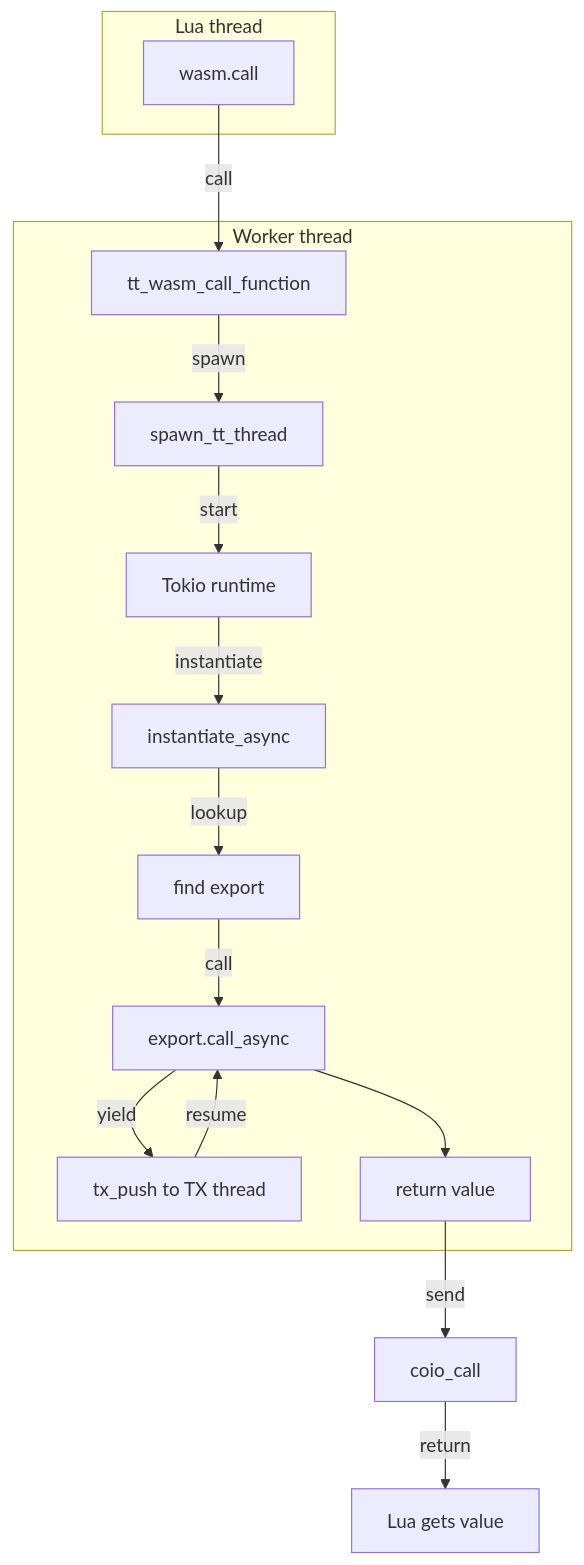
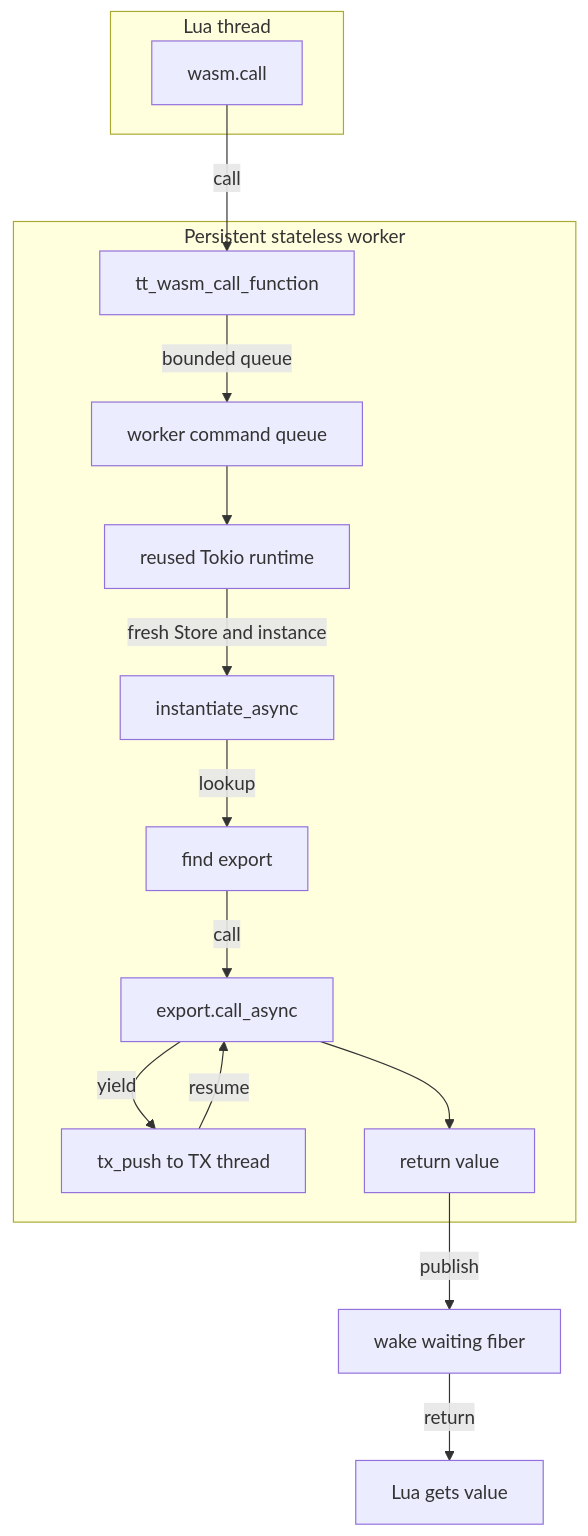
One commit to tarantool/tarantool-wasm-rs changed the fourth of 5 diagrams in docs/wasm_component.md. Above: the diagram before and after it, drawn with Mermaid. The commit also changed other lines of this file and 12 other files, not shown here.

Commit message:
perf(runtime): reuse stateless worker threads

````diff
--- a/docs/wasm_component.md
+++ b/docs/wasm_component.md
@@ -270,22 +281,22 @@
 ```mermaid
 flowchart TD
     subgraph Lua thread
         LC[wasm.call]
     end
 
     LC -- call --> FC[tt_wasm_call_function]
 
-    subgraph Worker thread
-        FC -- spawn --> ST[spawn_tt_thread]
-        ST -- start --> TR[Tokio runtime]
-        TR -- instantiate --> CI[instantiate_async]
+    subgraph Persistent stateless worker
+        FC -- bounded queue --> Queue[worker command queue]
+        Queue --> TR[reused Tokio runtime]
+        TR -- fresh Store and instance --> CI[instantiate_async]
         CI -- lookup --> Find[find export]
         Find -- call --> CCall[export.call_async]
         CCall -->|yield| TX[tx_push to TX thread]
         TX -->|resume| CCall
         CCall --> CDone[return value]
     end
 
-    CDone -- send --> CoioCall[coio_call]
-    CoioCall -- return --> ReturnCall[Lua gets value]
+    CDone -- publish --> WakeCall[wake waiting fiber]
+    WakeCall -- return --> ReturnCall[Lua gets value]
 ```
````
